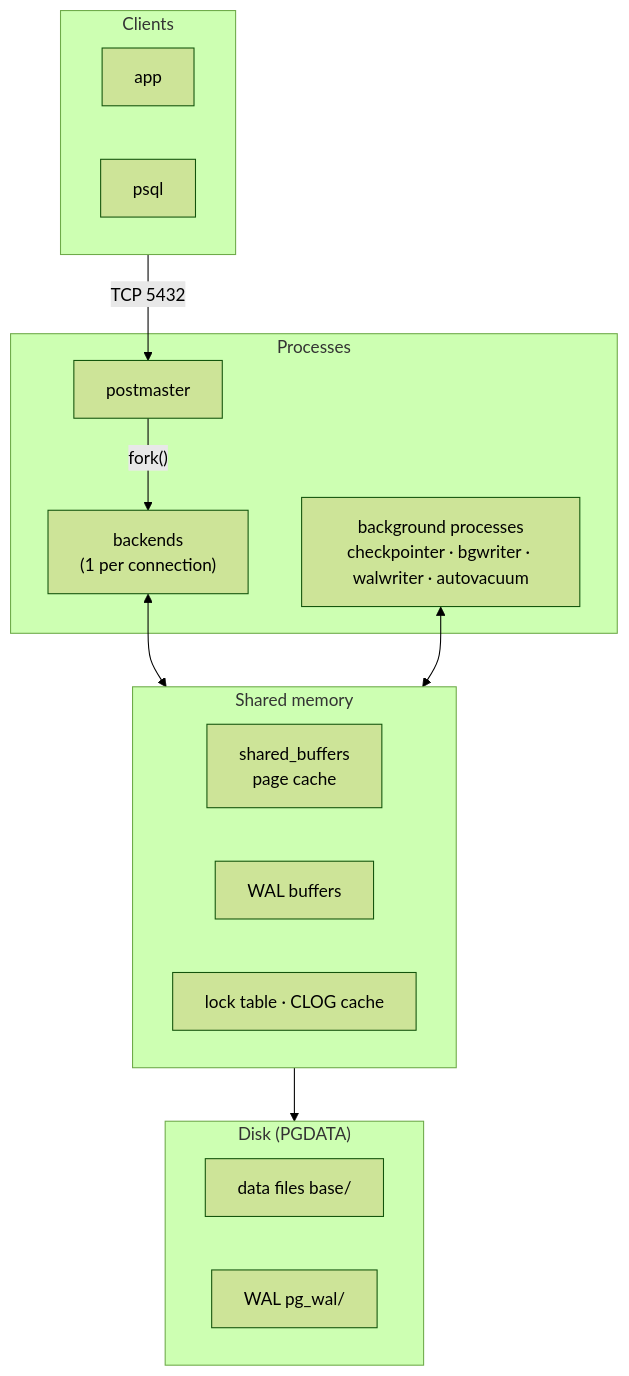
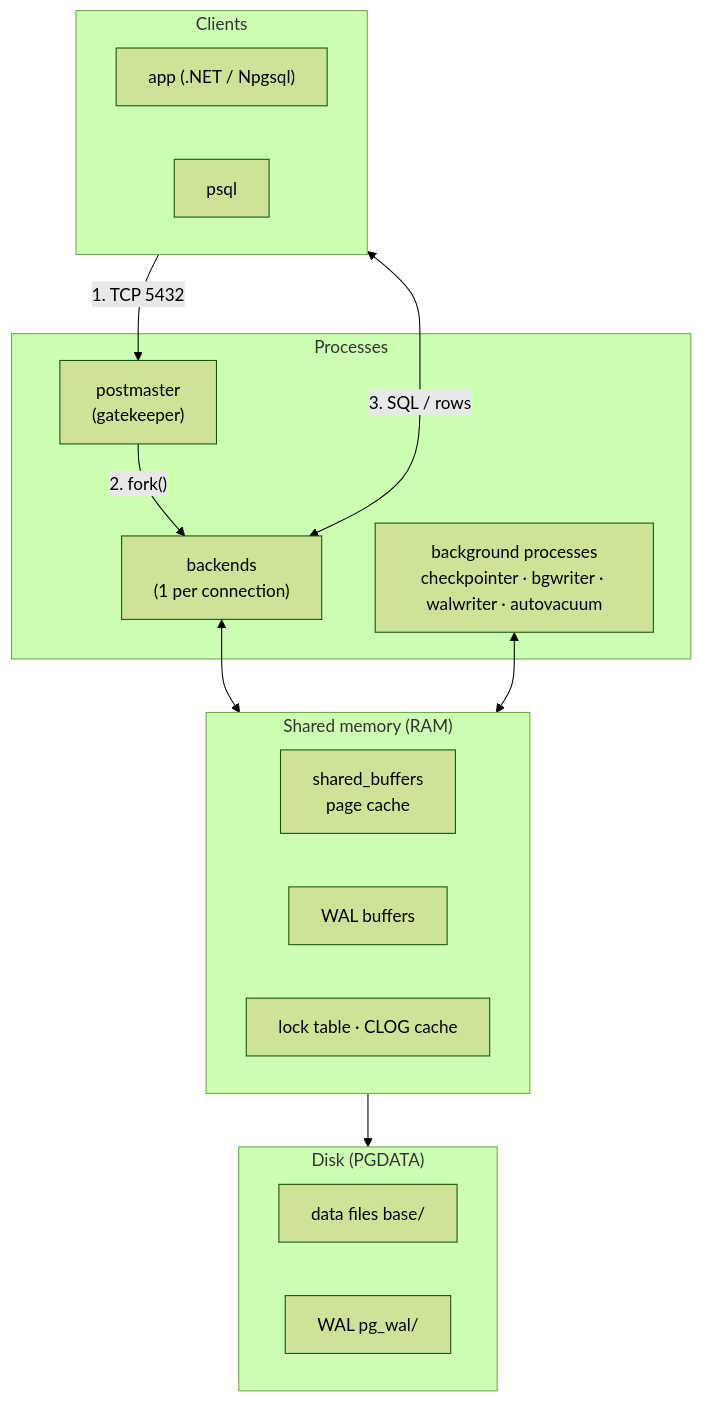
One commit to wesamkhateeb98-creator/postgresql-zero-to-hero changed the first of 11 diagrams in Doc/00-introduction/03-architecture.md. Above: the diagram before and after it, drawn with Mermaid (forest theme). The commit also changed other lines of this file, not shown here.

Commit message:
Rewrite architecture doc with definitions and scenarios per component

````diff
--- a/Doc/00-introduction/03-architecture.md
+++ b/Doc/00-introduction/03-architecture.md
@@ -7,26 +43,27 @@
 ```mermaid
 flowchart TB
     subgraph CL["Clients"]
-        A1["app"]
+        A1["app (.NET / Npgsql)"]
         A2["psql"]
     end
     subgraph PR["Processes"]
-        PM["postmaster"]
+        PM["postmaster<br/>(gatekeeper)"]
         BE["backends<br/>(1 per connection)"]
         BG["background processes<br/>checkpointer · bgwriter · walwriter · autovacuum"]
     end
-    subgraph SM["Shared memory"]
+    subgraph SM["Shared memory (RAM)"]
         SB["shared_buffers<br/>page cache"]
         WB["WAL buffers"]
         LK["lock table · CLOG cache"]
     end
     subgraph DK["Disk (PGDATA)"]
         DF["data files base/"]
         WL["WAL pg_wal/"]
     end
-    CL -->|"TCP 5432"| PM
-    PM -->|"fork()"| BE
+    CL -->|"1. TCP 5432"| PM
+    PM -->|"2. fork()"| BE
+    CL <-->|"3. SQL / rows"| BE
     BE <--> SM
     BG <--> SM
     SM --> DK
 ```
````
